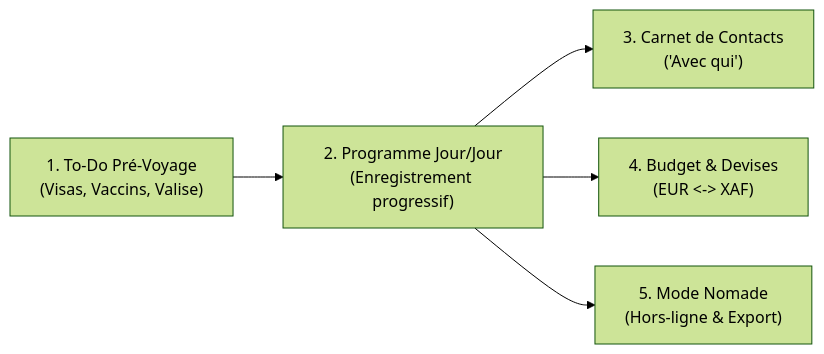
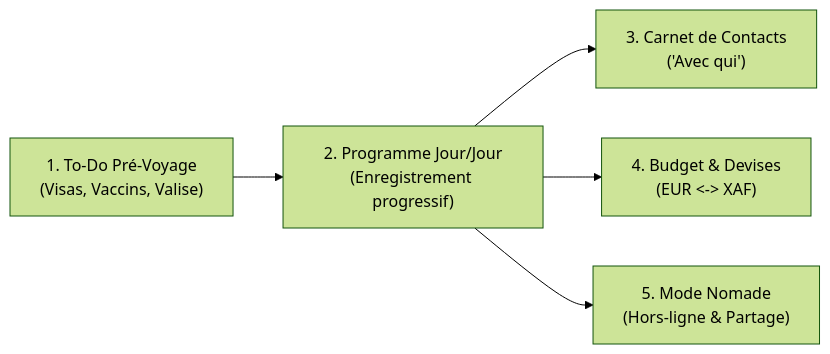
The diagram in docs/guide_utilisateur.md (stevefofou9-tech/capvoyage), drawn with Mermaid (forest theme) before and after one commit. The commit also changed other lines of this file and 18 other files, not shown here.

````diff
--- a/docs/guide_utilisateur.md
+++ b/docs/guide_utilisateur.md
@@ -16,7 +17,7 @@
 ```mermaid
 flowchart LR
     M1["1. To-Do Pré-Voyage<br/>(Visas, Vaccins, Valise)"] --> M2["2. Programme Jour/Jour<br/>(Enregistrement progressif)"]
     M2 --> M3["3. Carnet de Contacts<br/>('Avec qui')"]
     M2 --> M4["4. Budget & Devises<br/>(EUR <-> XAF)"]
-    M2 --> M5["5. Mode Nomade<br/>(Hors-ligne & Export)"]
+    M2 --> M5["5. Mode Nomade<br/>(Hors-ligne & Partage)"]
 ```
````
